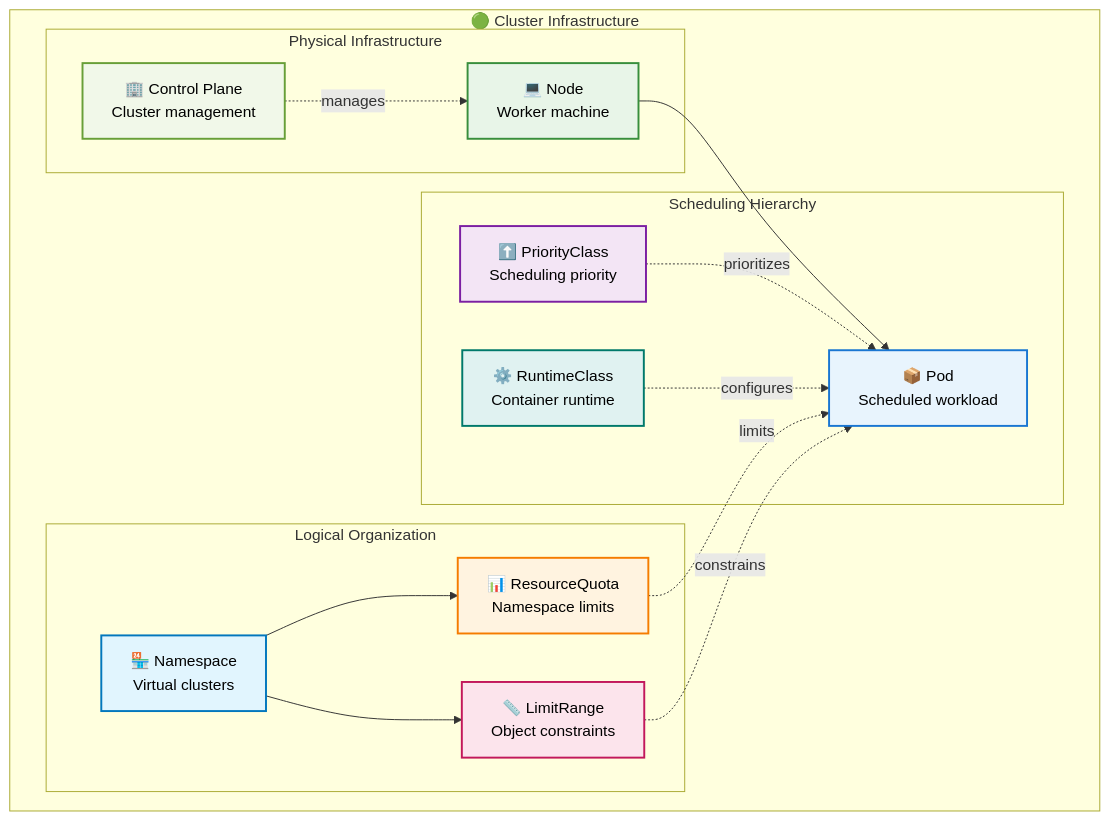
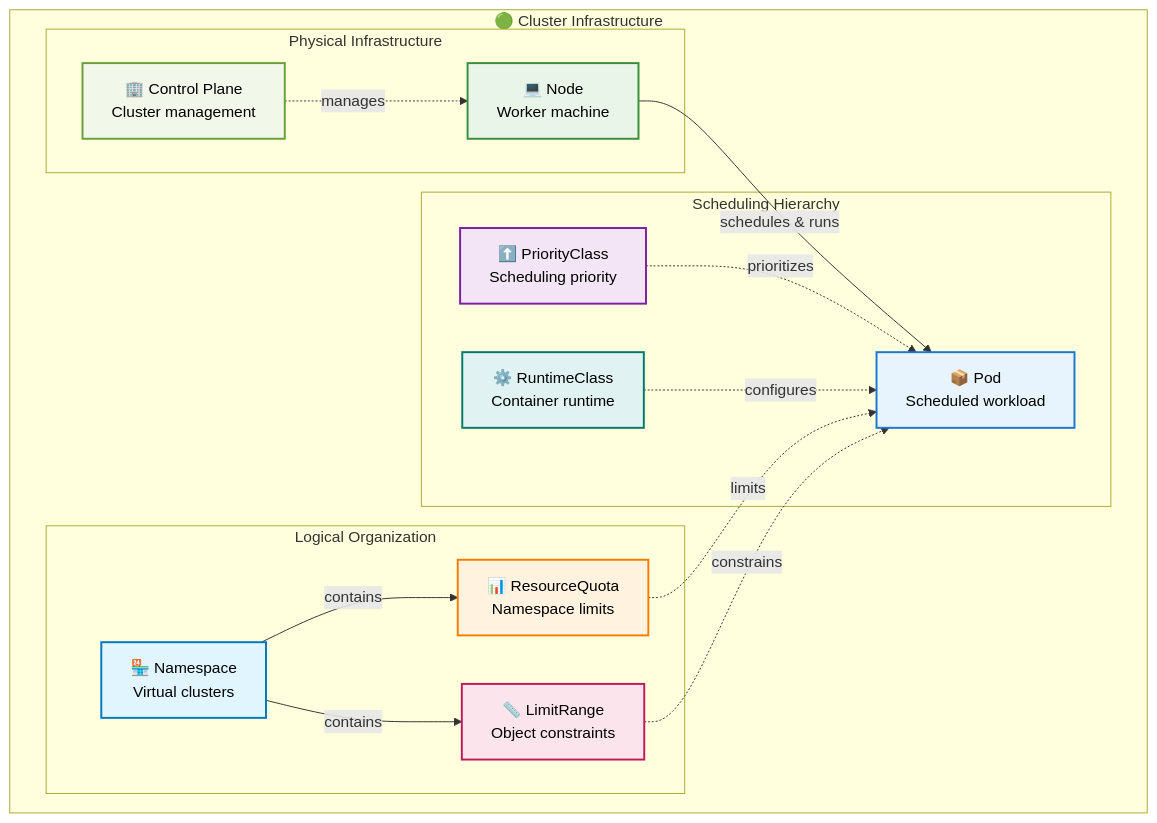
The seventh of 8 diagrams in 1.4_distributed_systems/kubernetes_developer_guide.md (razkevich/system_design_course), drawn with Mermaid before and after one commit. The commit also changed other lines of this file, not shown here.

````diff
--- a/1.4_distributed_systems/kubernetes_developer_guide.md
+++ b/1.4_distributed_systems/kubernetes_developer_guide.md
@@ -262,42 +262,42 @@
 ```mermaid
 flowchart TD
     subgraph "🟢 Cluster Infrastructure"
         
         subgraph "Physical Infrastructure"
             ControlPlane["🏢 Control Plane<br/>Cluster management"]
             Node["💻 Node<br/>Worker machine"]
             
             ControlPlane -.->|"manages"| Node
         end
         
         subgraph "Logical Organization"
             Namespace["🏪 Namespace<br/>Virtual clusters"]
             ResourceQuota["📊 ResourceQuota<br/>Namespace limits"]
             LimitRange["📏 LimitRange<br/>Object constraints"]
             
-            Namespace --> ResourceQuota
-            Namespace --> LimitRange
+            Namespace -->|"contains"| ResourceQuota
+            Namespace -->|"contains"| LimitRange
         end
         
         subgraph "Scheduling Hierarchy"
             PriorityClass["⬆️ PriorityClass<br/>Scheduling priority"]
             RuntimeClass["⚙️ RuntimeClass<br/>Container runtime"]
             InfraPod["📦 Pod<br/>Scheduled workload"]
             
-            Node --> InfraPod
+            Node -->|"schedules & runs"| InfraPod
             PriorityClass -.->|"prioritizes"| InfraPod
             RuntimeClass -.->|"configures"| InfraPod
             ResourceQuota -.->|"limits"| InfraPod
             LimitRange -.->|"constrains"| InfraPod
         end
     end
     
     style InfraPod fill:#e8f4fd,stroke:#1976d2,stroke-width:2px,color:#000
     style Node fill:#e8f5e8,stroke:#388e3c,stroke-width:2px,color:#000
     style ControlPlane fill:#f1f8e9,stroke:#689f38,stroke-width:2px,color:#000
     style Namespace fill:#e1f5fe,stroke:#0277bd,stroke-width:2px,color:#000
     style ResourceQuota fill:#fff3e0,stroke:#f57c00,stroke-width:2px,color:#000
     style LimitRange fill:#fce4ec,stroke:#c2185b,stroke-width:2px,color:#000
     style PriorityClass fill:#f3e5f5,stroke:#7b1fa2,stroke-width:2px,color:#000
     style RuntimeClass fill:#e0f2f1,stroke:#00796b,stroke-width:2px,color:#000
 ```
````
